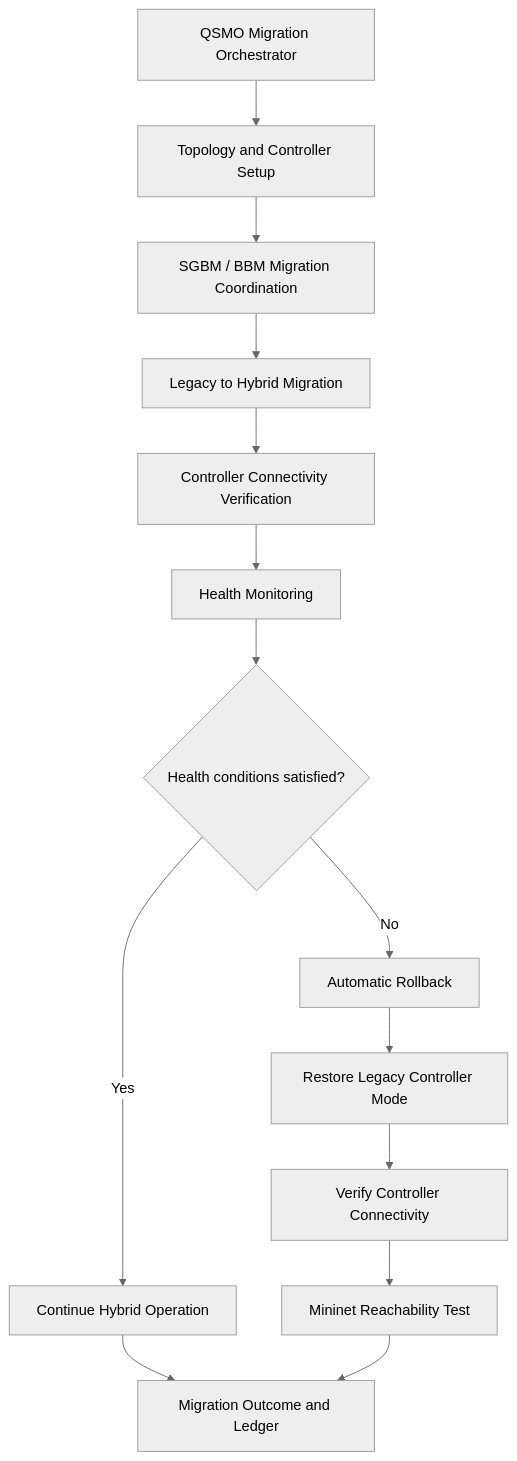
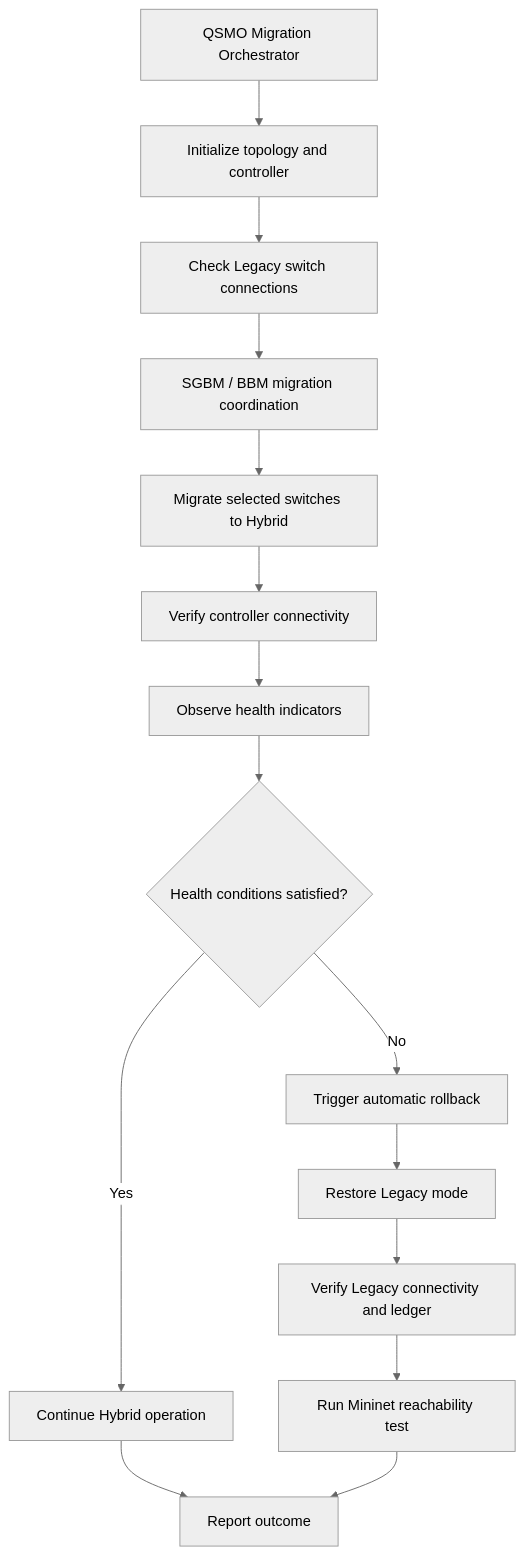
One commit to Ruvanthi1075/Migration-Orchestrator changed the diagram in README.md. Above: the diagram before and after it, drawn with Mermaid (neutral theme). The commit also changed other lines of this file, not shown here.

Commit message:
Updated QSMO ReadMe

````diff
--- a/README.md
+++ b/README.md
@@ -56,16 +58,17 @@
 ```mermaid
 flowchart TD
-    A["QSMO Migration Orchestrator"] --> B["Topology and Controller Setup"]
-    B --> C["SGBM / BBM Migration Coordination"]
-    C --> D["Legacy to Hybrid Migration"]
-    D --> E["Controller Connectivity Verification"]
-    E --> F["Health Monitoring"]
-    F --> G{"Health conditions satisfied?"}
-    G -->|Yes| H["Continue Hybrid Operation"]
-    G -->|No| I["Automatic Rollback"]
-    I --> J["Restore Legacy Controller Mode"]
-    J --> K["Verify Controller Connectivity"]
-    K --> L["Mininet Reachability Test"]
-    H --> M["Migration Outcome and Ledger"]
-    L --> M
+    A["QSMO Migration Orchestrator"] --> B["Initialize topology and controller"]
+    B --> C["Check Legacy switch connections"]
+    C --> D["SGBM / BBM migration coordination"]
+    D --> E["Migrate selected switches to Hybrid"]
+    E --> F["Verify controller connectivity"]
+    F --> G["Observe health indicators"]
+    G --> H{"Health conditions satisfied?"}
+    H -->|Yes| I["Continue Hybrid operation"]
+    H -->|No| J["Trigger automatic rollback"]
+    J --> K["Restore Legacy mode"]
+    K --> L["Verify Legacy connectivity and ledger"]
+    I --> M["Report outcome"]
+    L --> N["Run Mininet reachability test"]
+    N --> M
 ```
````
